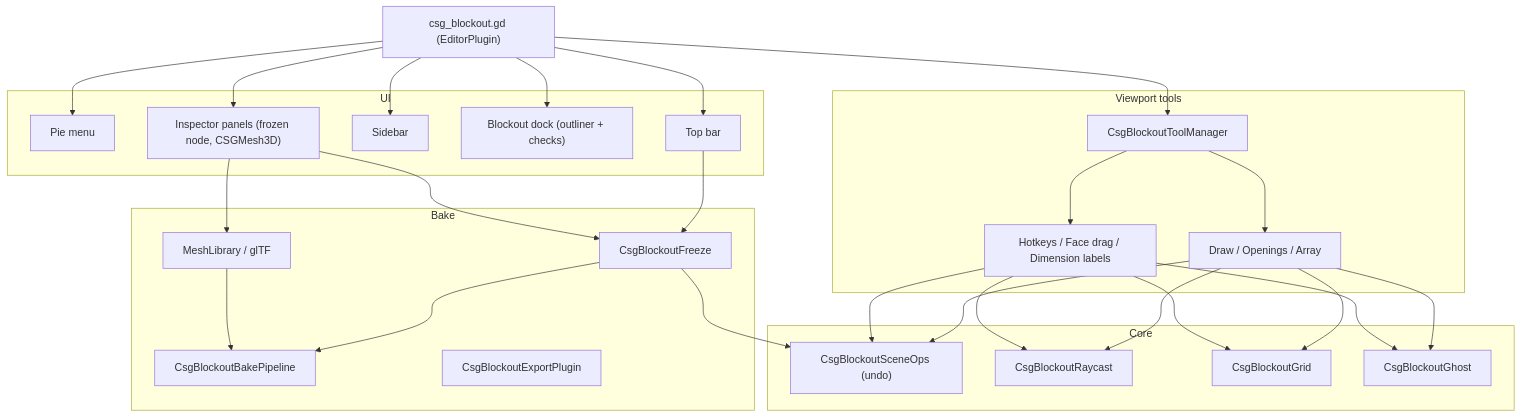
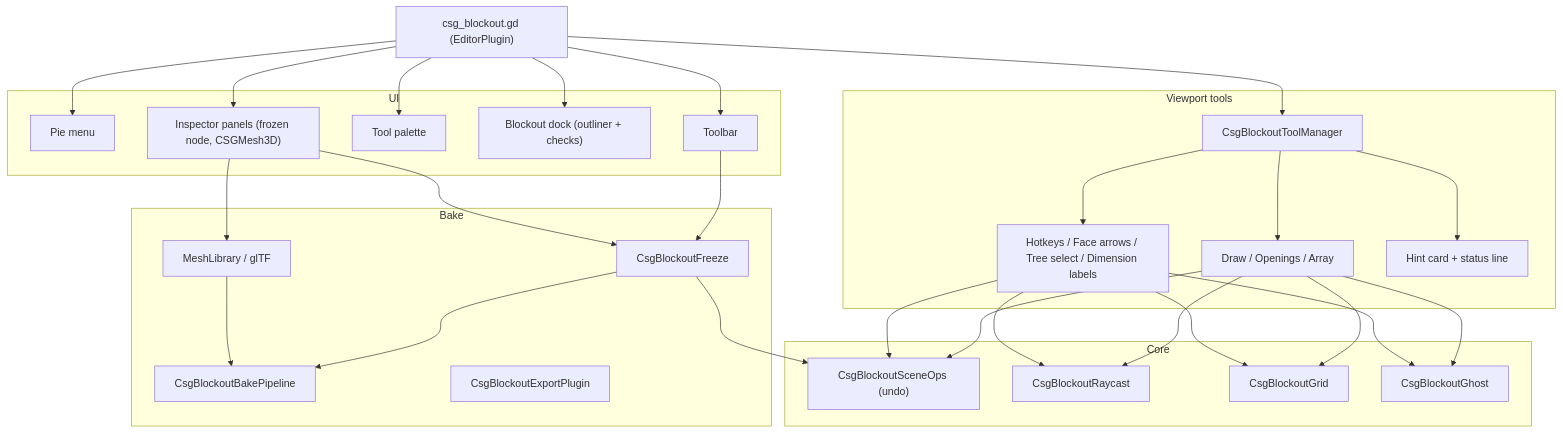
Before and after one commit to belzecue/Godot-CSG-Blockout: the diagram in ARCHITECTURE.md, drawn with Mermaid. The commit also changed other lines of this file and 14 other files, not shown here.

First line of the commit message:
docs: 按新交互更新 README、教程、架构文档与更新日志（中英），换上新界面截图

````diff
--- a/ARCHITECTURE.md
+++ b/ARCHITECTURE.md
@@ -43,36 +43,37 @@
 ```mermaid
 graph TD
     Plugin["csg_blockout.gd (EditorPlugin)"]
     subgraph UI
         Pie["Pie menu"]
-        TopBar["Top bar"]
-        SideBar["Sidebar"]
+        TopBar["Toolbar"]
+        SideBar["Tool palette"]
         Dock["Blockout dock (outliner + checks)"]
         Panels["Inspector panels (frozen node, CSGMesh3D)"]
     end
     subgraph Tools["Viewport tools"]
         Manager["CsgBlockoutToolManager"]
         Draw["Draw / Openings / Array"]
-        Passive["Hotkeys / Face drag / Dimension labels"]
+        Passive["Hotkeys / Face arrows / Tree select / Dimension labels"]
+        Hud["Hint card + status line"]
     end
     subgraph Core
         Ops["CsgBlockoutSceneOps (undo)"]
         Ray["CsgBlockoutRaycast"]
         Grid["CsgBlockoutGrid"]
         Ghost["CsgBlockoutGhost"]
     end
     subgraph Bake
         Freeze["CsgBlockoutFreeze"]
         Pipeline["CsgBlockoutBakePipeline"]
         Export["CsgBlockoutExportPlugin"]
         Out["MeshLibrary / glTF"]
     end
     Plugin --> Pie & TopBar & SideBar & Dock & Panels
     Plugin --> Manager
-    Manager --> Draw & Passive
+    Manager --> Draw & Passive & Hud
     Draw & Passive --> Ray & Grid & Ghost & Ops
     TopBar & Panels --> Freeze
     Freeze --> Pipeline & Ops
     Panels --> Out
     Out --> Pipeline
 ```
````
